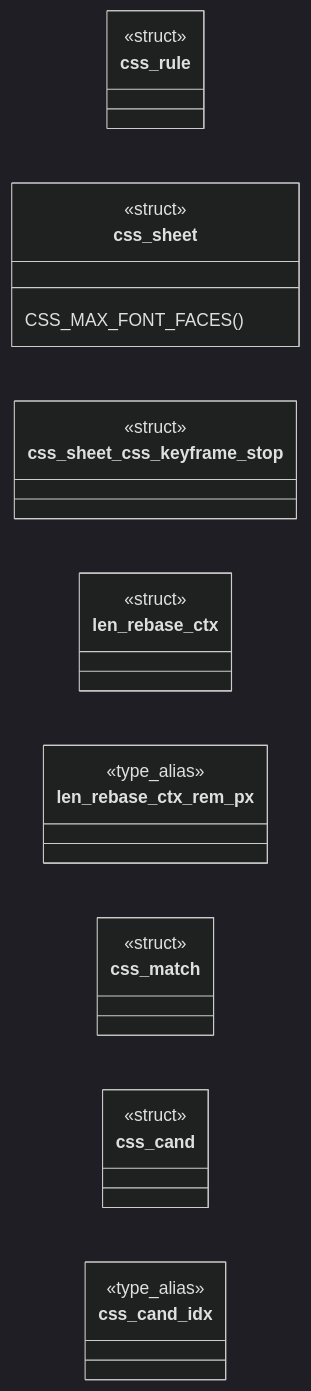
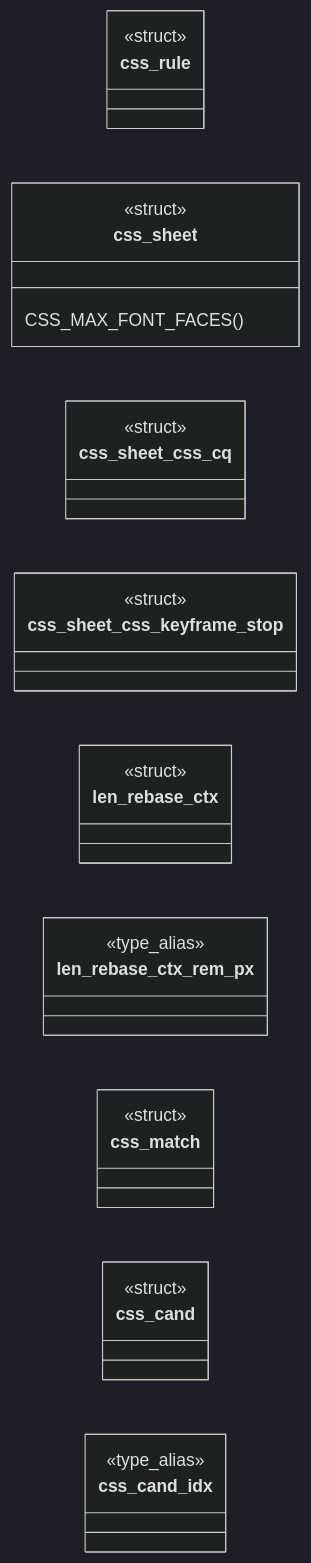
One commit to grisuno/FreeDom changed the first of 2 diagrams in readmenator-apidocs/modules/src.css.c.md. Above: the diagram before and after it, drawn with Mermaid (dark theme). The commit also changed other lines of this file and 234 other files, not shown here.

````diff
--- a/readmenator-apidocs/modules/src.css.c.md
+++ b/readmenator-apidocs/modules/src.css.c.md
@@ -13,21 +13,23 @@
 ```mermaid
 classDiagram
     direction LR
     class css_rule
     <<struct>> css_rule
     class css_sheet
     <<struct>> css_sheet
     css_sheet : CSS_MAX_FONT_FACES()
+    class css_sheet_css_cq
+    <<struct>> css_sheet_css_cq
     class css_sheet_css_keyframe_stop
     <<struct>> css_sheet_css_keyframe_stop
     class len_rebase_ctx
     <<struct>> len_rebase_ctx
     class len_rebase_ctx_rem_px
     <<type_alias>> len_rebase_ctx_rem_px
     class css_match
     <<struct>> css_match
     class css_cand
     <<struct>> css_cand
     class css_cand_idx
     <<type_alias>> css_cand_idx
 ```
````
